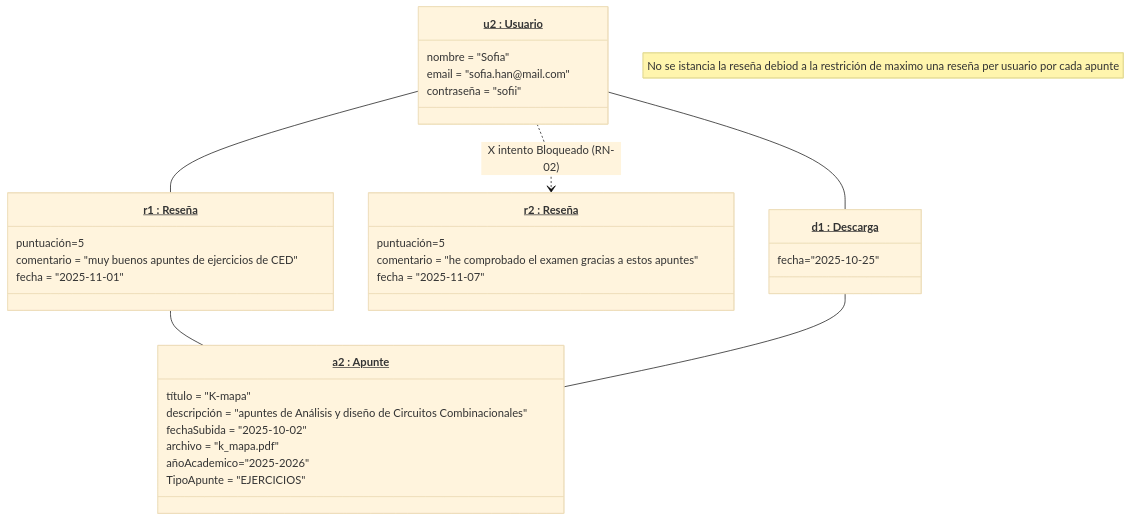
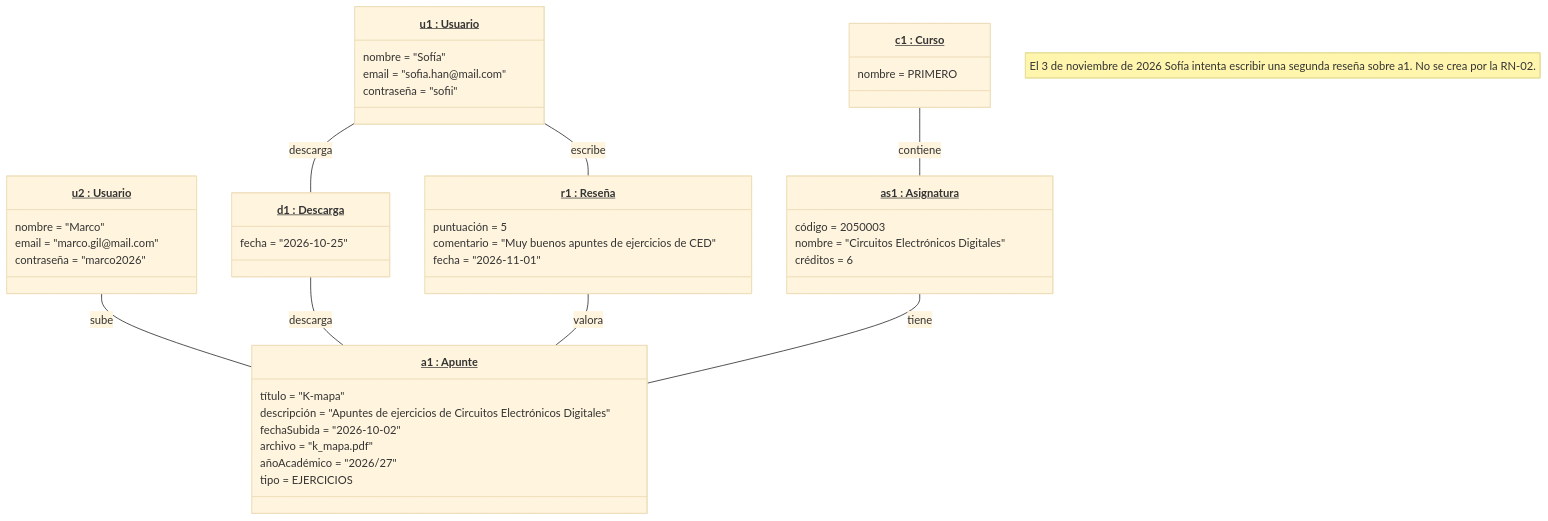
Before and after one commit to JaavierBC/proyecto-curso-iissi1-2026-GWQ0807: the second of 2 diagrams in README.md, drawn with Mermaid (base theme). The commit also changed other lines of this file, not shown here.

Commit message:
Actualizar EP-02

````diff
--- a/README.md
+++ b/README.md
@@ -391,39 +393,48 @@
 ```mermaid
 classDiagram
+    direction TB
     class u2["<u>u2 : Usuario</u>"]{
-        nombre = "Sofia"
+        nombre = "Marco"
+        email = "marco.gil@mail.com"
+        contraseña = "marco2026"
+    }
+    class u1["<u>u1 : Usuario</u>"]{
+        nombre = "Sofía"
         email = "sofia.han@mail.com"
         contraseña = "sofii"
     }
-    class r1["<u>r1 : Reseña</u>"]{
-        puntuación=5
-        comentario = "muy buenos apuntes de ejercicios de CED"
-        fecha = "2025-11-01"
-    }
-    class r2["<u>r2 : Reseña</u>"]{
-        puntuación=5
-        comentario = "he comprobado el examen gracias a estos apuntes"
-        fecha = "2025-11-07"
+    class a1["<u>a1 : Apunte</u>"]{
+        título = "K-mapa"
+        descripción = "Apuntes de ejercicios de Circuitos Electrónicos Digitales"
+        fechaSubida = "2026-10-02"
+        archivo = "k_mapa.pdf"
+        añoAcadémico = "2026/27"
+        tipo = EJERCICIOS
     }
     class d1["<u>d1 : Descarga</u>"]{
-        fecha="2025-10-25"
+        fecha = "2026-10-25"
     }
-    class a2["<u>a2 : Apunte</u>"]{
-        título = "K-mapa"
-        descripción = "apuntes de Análisis y diseño de Circuitos Combinacionales"
-        fechaSubida = "2025-10-02"
-        archivo = "k_mapa.pdf"
-        añoAcademico="2025-2026"
-        TipoApunte = "EJERCICIOS" 
+    class r1["<u>r1 : Reseña</u>"]{
+        puntuación = 5
+        comentario = "Muy buenos apuntes de ejercicios de CED"
+        fecha = "2026-11-01"
     }
-    u2 -- r1
-    u2 -- d1
-    u2 ..> r2 : X intento Bloqueado (RN-02)
-    r1 -- a2
-    d1 -- a2
+    class as1["<u>as1 : Asignatura</u>"]{
+        código = 2050003
+        nombre = "Circuitos Electrónicos Digitales"
+        créditos = 6
+    }
+    class c1["<u>c1 : Curso</u>"]{
+        nombre = PRIMERO
+    }
 
+    u2 -- a1 : sube
+    u1 -- d1 : descarga
+    d1 -- a1 : descarga
+    u1 -- r1 : escribe
+    r1 -- a1 : valora
+    as1 -- a1 : tiene
+    c1 -- as1 : contiene
 
-    note "No se istancia la reseña debiod a la restrición de maximo una reseña per usuario por cada apunte"
-
-
+    note "El 3 de noviembre de 2026 Sofía intenta escribir una segunda reseña sobre a1. No se crea por la RN-02."
 ```
````
